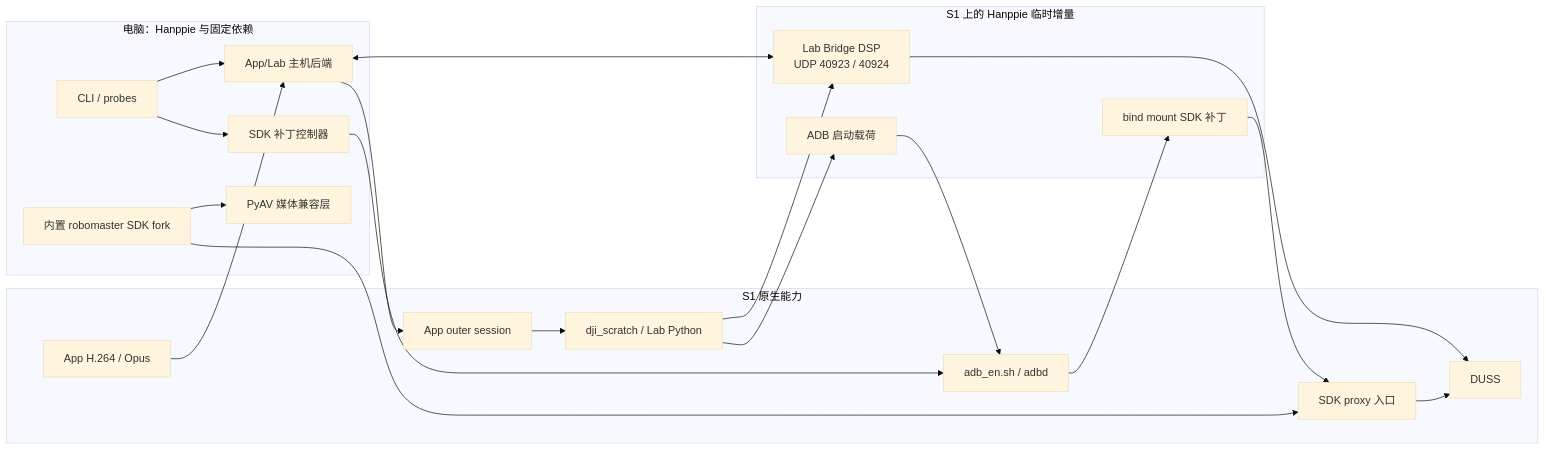
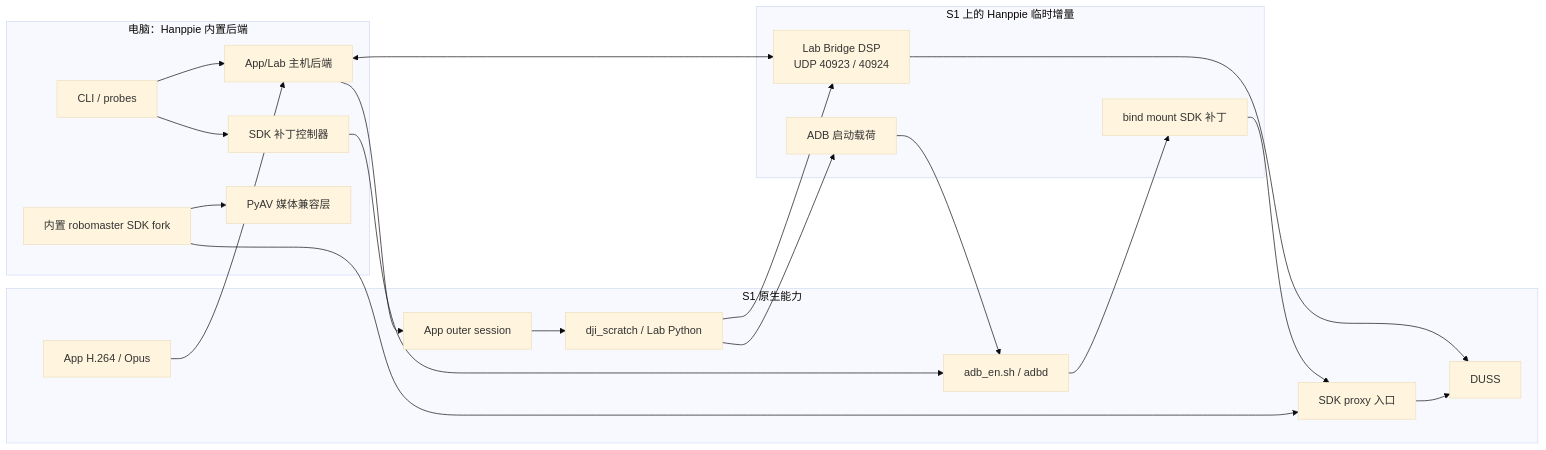
One commit to elonzh/hanppie changed the fifth of 8 diagrams in docs/architecture.md. Above: the diagram before and after it, drawn with Mermaid (base theme). The commit also changed other lines of this file and 29 other files, not shown here.

````diff
--- a/docs/architecture.md
+++ b/docs/architecture.md
@@ -438,35 +438,35 @@
 ```mermaid
 flowchart LR
-    subgraph HOST["电脑：Hanppie 与固定依赖"]
+    subgraph HOST["电脑：Hanppie 内置后端"]
         CLI["CLI / probes"]
         LABHOST["App/Lab 主机后端"]
         PATCHCTL["SDK 补丁控制器"]
         OFFICIAL["内置 robomaster SDK fork"]
         CODEC["PyAV 媒体兼容层"]
     end
 
     subgraph ADDITIONS["S1 上的 Hanppie 临时增量"]
         BRIDGE["Lab Bridge DSP<br/>UDP 40923 / 40924"]
         ADBPAYLOAD["ADB 启动载荷"]
         SDKPATCH["bind mount SDK 补丁"]
     end
 
     subgraph STOCK["S1 原生能力"]
         APPSESSION["App outer session"]
         SCRATCH["dji_scratch / Lab Python"]
         ADB["adb_en.sh / adbd"]
         SDKPROXY["SDK proxy 入口"]
         DUSS["DUSS"]
         MEDIA["App H.264 / Opus"]
     end
 
     CLI --> LABHOST --> APPSESSION --> SCRATCH
     SCRATCH --> BRIDGE --> DUSS
     LABHOST <--> BRIDGE
     SCRATCH --> ADBPAYLOAD --> ADB
     CLI --> PATCHCTL --> ADB
     ADB --> SDKPATCH --> SDKPROXY
     OFFICIAL --> SDKPROXY --> DUSS
     MEDIA --> LABHOST
     OFFICIAL --> CODEC
 ```
````
